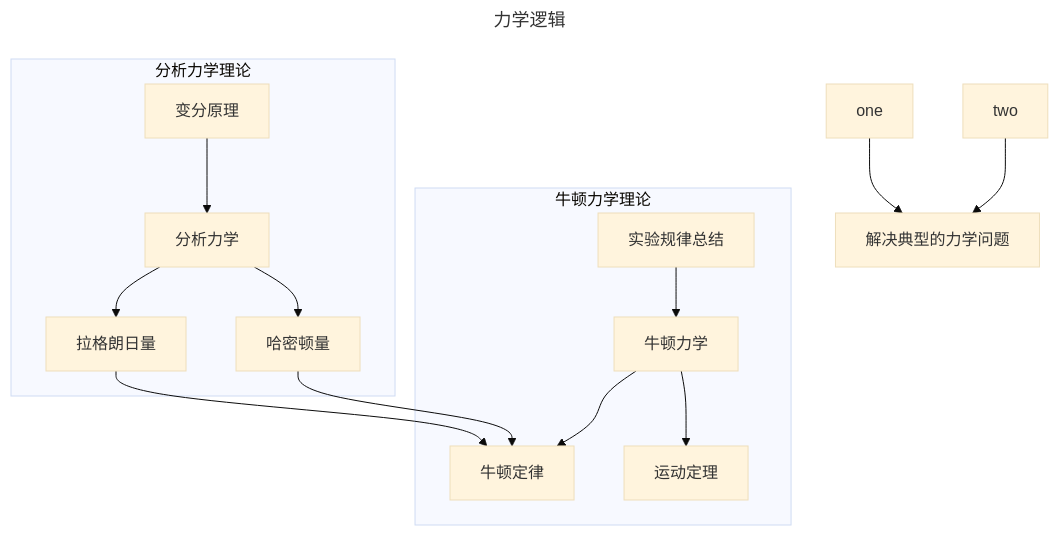
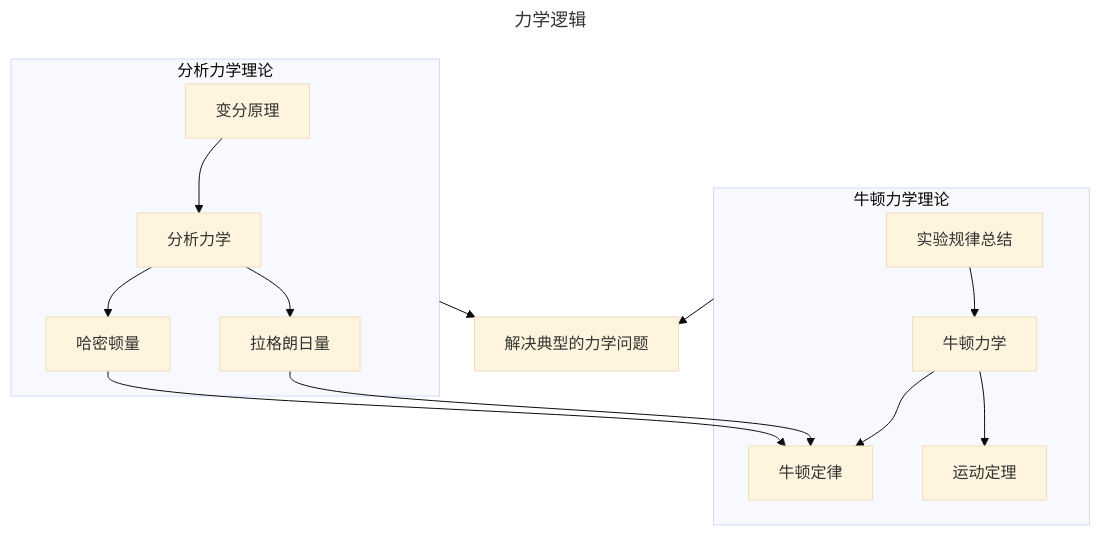
The first of 2 diagrams in main.md (estriene/Introduction-to-physics-notes), drawn with Mermaid (base theme) before and after one commit. The commit also changed other lines of this file, not shown here.

````diff
--- a/main.md
+++ b/main.md
@@ -5,20 +5,20 @@
 ```mermaid
 ---
 title: 力学逻辑
 ---
 flowchart TB
     subgraph 牛顿力学理论
     实验规律总结-->牛顿力学
     牛顿力学-->牛顿定律
     牛顿力学-->运动定理
     end
     subgraph 分析力学理论
     变分原理-->分析力学
     分析力学-->拉格朗日量
     分析力学-->哈密顿量
     end
     拉格朗日量-->牛顿定律
     哈密顿量-->牛顿定律
-    one --> 解决典型的力学问题
-    two --> 解决典型的力学问题
+    牛顿力学理论 --> 解决典型的力学问题
+    分析力学理论 --> 解决典型的力学问题
 ```
````
